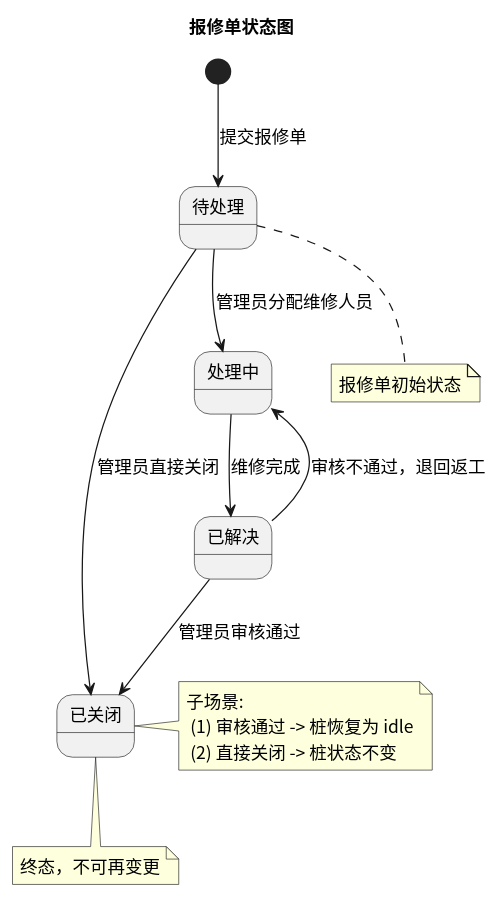
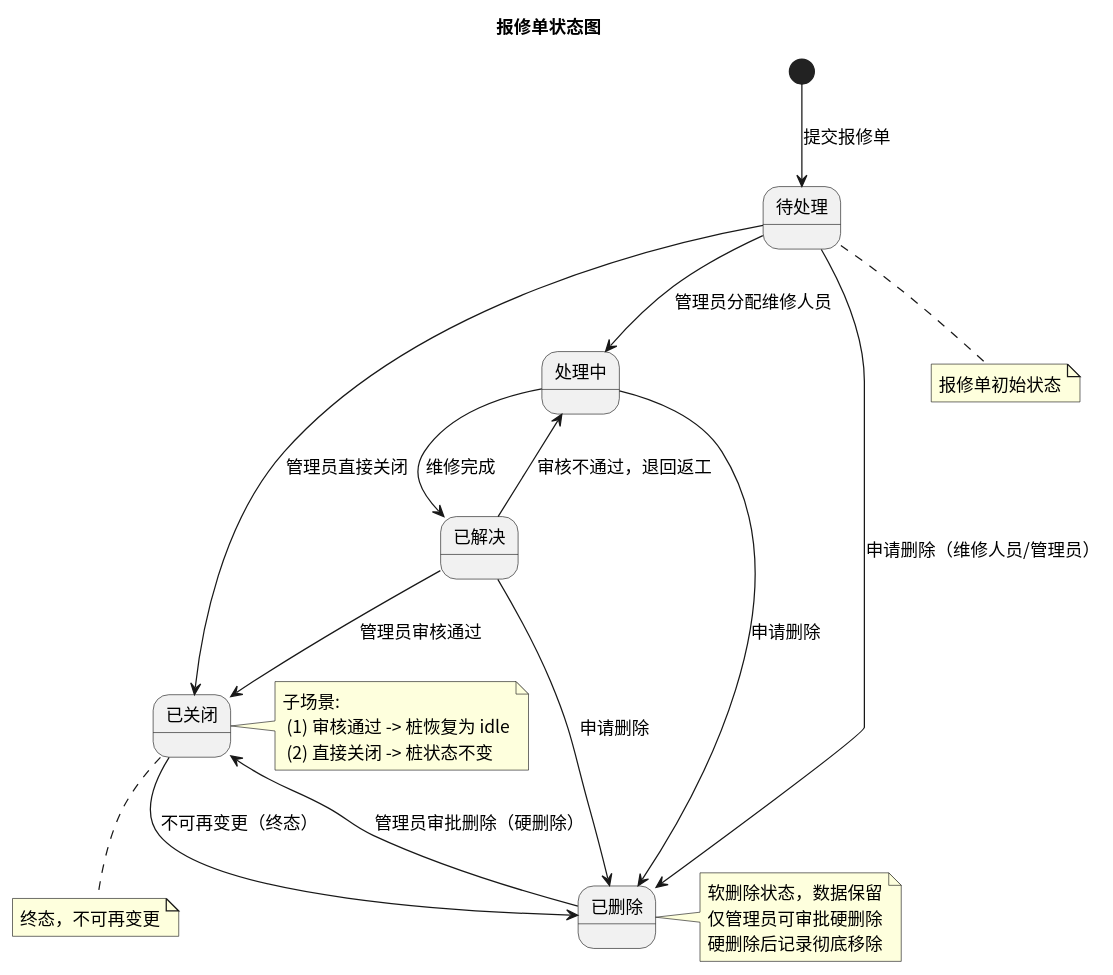
One commit to greenhandzdl/charging-station-doc changed the diagram in status/src/state_repair.puml. Above: the diagram before and after it, drawn with PlantUML. The commit also changed 53 other files, not shown here.

```diff
--- a/status/src/state_repair.puml
+++ b/status/src/state_repair.puml
@@ -1,21 +1,28 @@
 @startuml
 skinparam defaultFontName "Noto Sans CJK SC"
 skinparam defaultFontSize 14
 title 报修单状态图
 
 state "待处理" as OPEN
 state "处理中" as IN_PROGRESS
 state "已解决" as RESOLVED
 state "已关闭" as CLOSED
+state "已删除" as DELETED
 
 [*] --> OPEN : 提交报修单
 OPEN --> IN_PROGRESS : 管理员分配维修人员
 IN_PROGRESS --> RESOLVED : 维修完成
 RESOLVED --> CLOSED : 管理员审核通过
 OPEN --> CLOSED : 管理员直接关闭
 RESOLVED --> IN_PROGRESS : 审核不通过，退回返工
+OPEN --> DELETED : 申请删除（维修人员/管理员）
+IN_PROGRESS --> DELETED : 申请删除
+RESOLVED --> DELETED : 申请删除
+DELETED --> CLOSED : 管理员审批删除（硬删除）
+CLOSED --> DELETED : 不可再变更（终态）
 
 note bottom of OPEN : 报修单初始状态
 note bottom of CLOSED : 终态，不可再变更
 note right of CLOSED : 子场景:\n (1) 审核通过 -> 桩恢复为 idle\n (2) 直接关闭 -> 桩状态不变
+note right of DELETED : 软删除状态，数据保留\n仅管理员可审批硬删除\n硬删除后记录彻底移除
 @enduml
```
